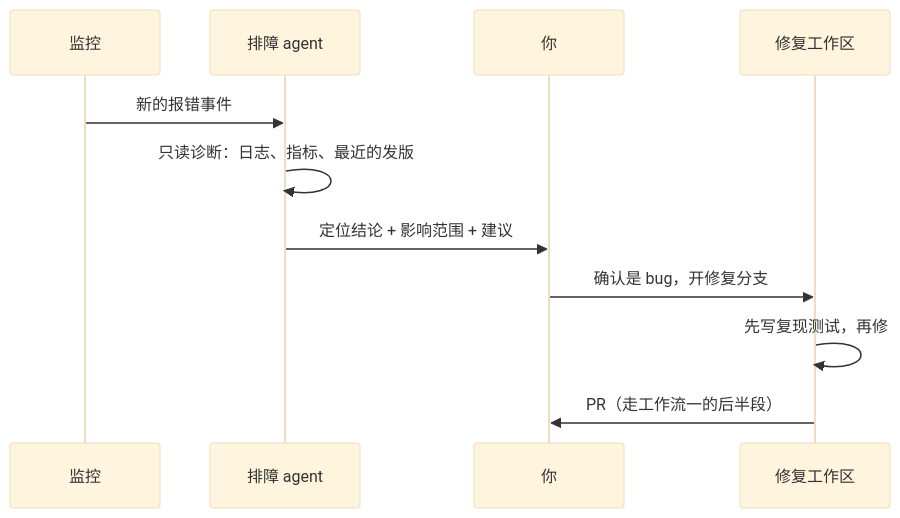
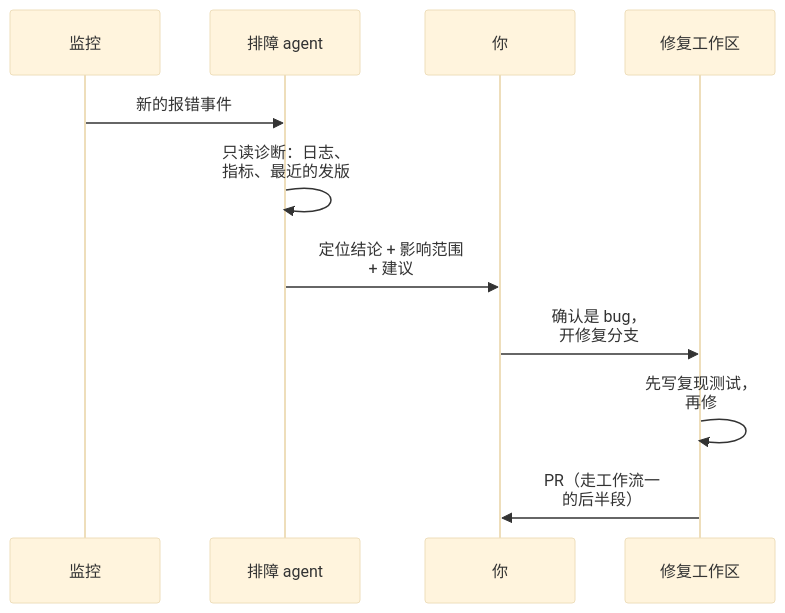
The second of 2 diagrams in books/ai-native-opc/02-engineering.md (jarvis-pro/hatch-shelf), drawn with Mermaid (base theme) before and after one commit. The commit also changed other lines of this file and 432 other files, not shown here.

````diff
--- a/books/ai-native-opc/02-engineering.md
+++ b/books/ai-native-opc/02-engineering.md
@@ -122,13 +122,13 @@
 ```mermaid
 sequenceDiagram
   participant M as 监控
   participant A as 排障 agent
   participant Y as 你
   participant W as 修复工作区
   M->>A: 新的报错事件
-  A->>A: 只读诊断：日志、指标、最近的发版
-  A->>Y: 定位结论 + 影响范围 + 建议
-  Y->>W: 确认是 bug，开修复分支
-  W->>W: 先写复现测试，再修
-  W->>Y: PR（走工作流一的后半段）
+  A->>A: 只读诊断：日志、<br/>指标、最近的发版
+  A->>Y: 定位结论 + 影响范围<br/>+ 建议
+  Y->>W: 确认是 bug，<br/>开修复分支
+  W->>W: 先写复现测试，<br/>再修
+  W->>Y: PR（走工作流一<br/>的后半段）
 ```
````
